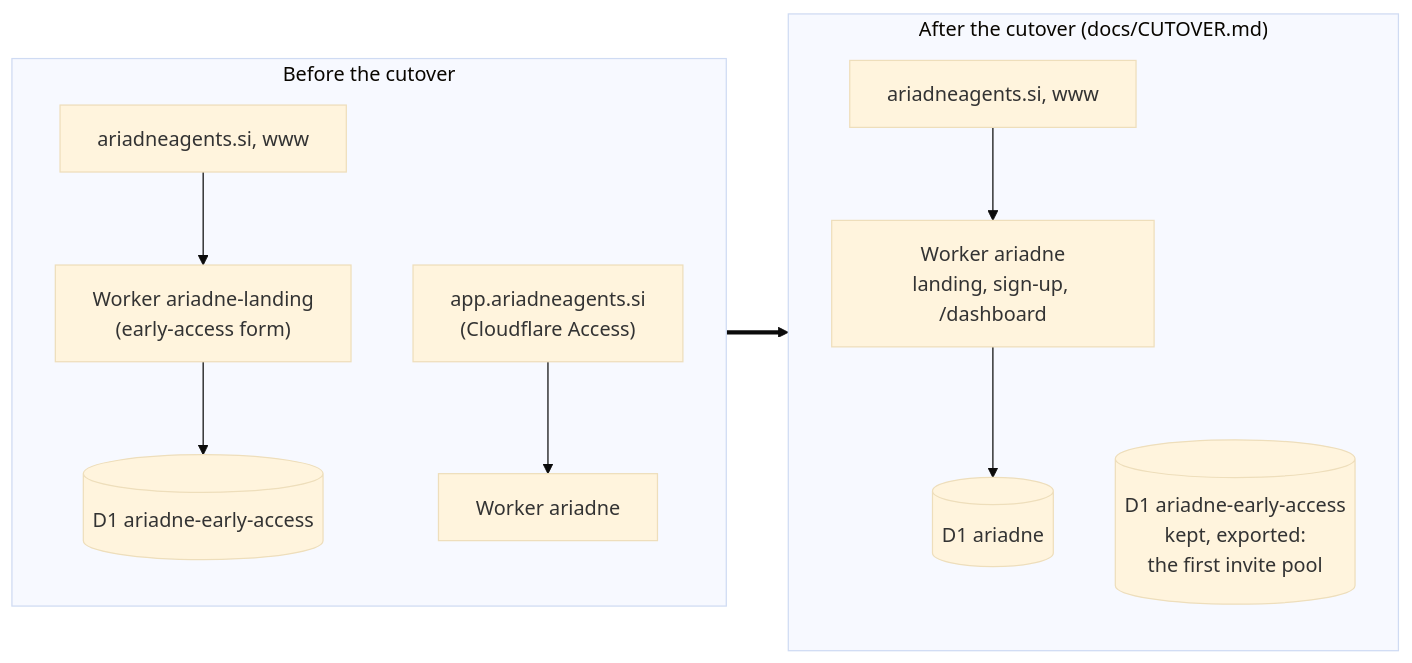
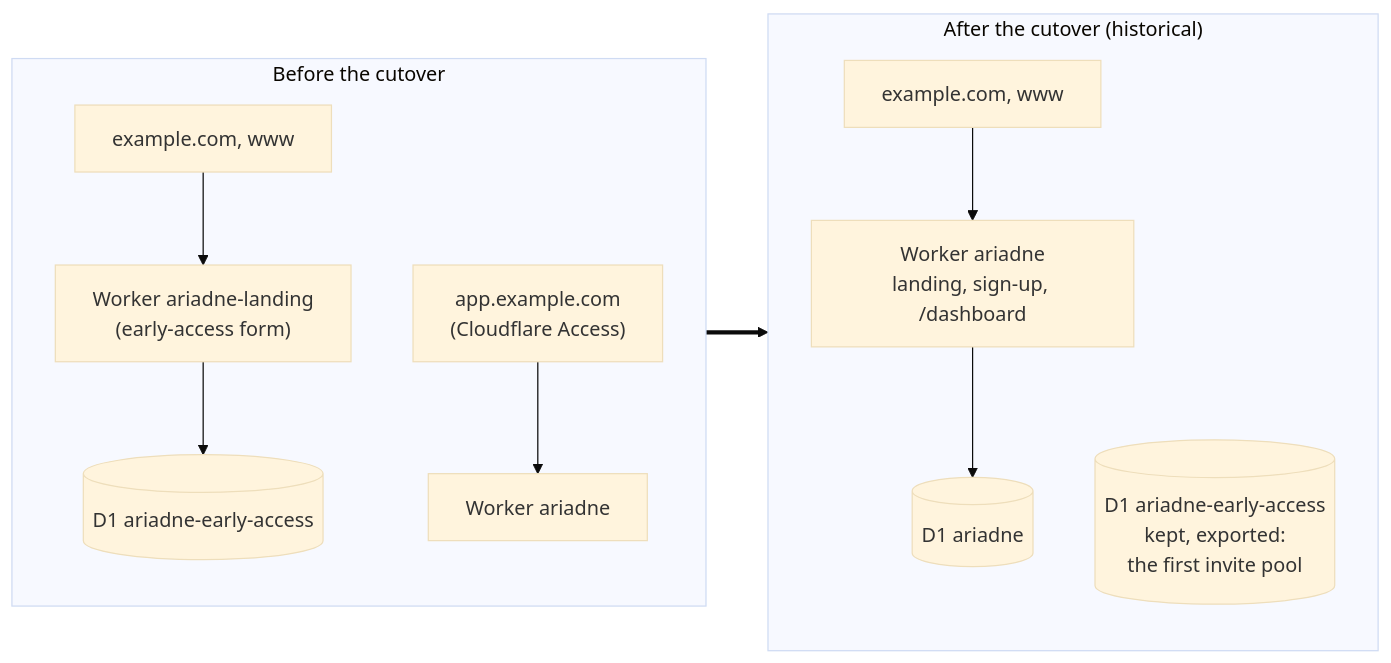
Before and after one commit to saadixsd/Ariadne: the diagram in docs/diagrams/06-hosting-cutover.mmd, drawn with Mermaid (base theme). The commit also changed 30 other files, not shown here.

```diff
--- a/docs/diagrams/06-hosting-cutover.mmd
+++ b/docs/diagrams/06-hosting-cutover.mmd
@@ -1,12 +1,12 @@
 flowchart LR
   subgraph Before["Before the cutover"]
-    A1["ariadneagents.si, www"] --> LW["Worker ariadne-landing<br/>(early-access form)"]
+    A1["example.com, www"] --> LW["Worker ariadne-landing<br/>(early-access form)"]
     LW --> EA[("D1 ariadne-early-access")]
-    A2["app.ariadneagents.si<br/>(Cloudflare Access)"] --> AW1["Worker ariadne"]
+    A2["app.example.com<br/>(Cloudflare Access)"] --> AW1["Worker ariadne"]
   end
-  subgraph After["After the cutover (docs/CUTOVER.md)"]
-    B1["ariadneagents.si, www"] --> AW2["Worker ariadne<br/>landing, sign-up, /dashboard"]
+  subgraph After["After the cutover (historical)"]
+    B1["example.com, www"] --> AW2["Worker ariadne<br/>landing, sign-up, /dashboard"]
     AW2 --> AD[("D1 ariadne")]
     EA2[("D1 ariadne-early-access<br/>kept, exported:<br/>the first invite pool")]
   end
   Before ==> After
```
